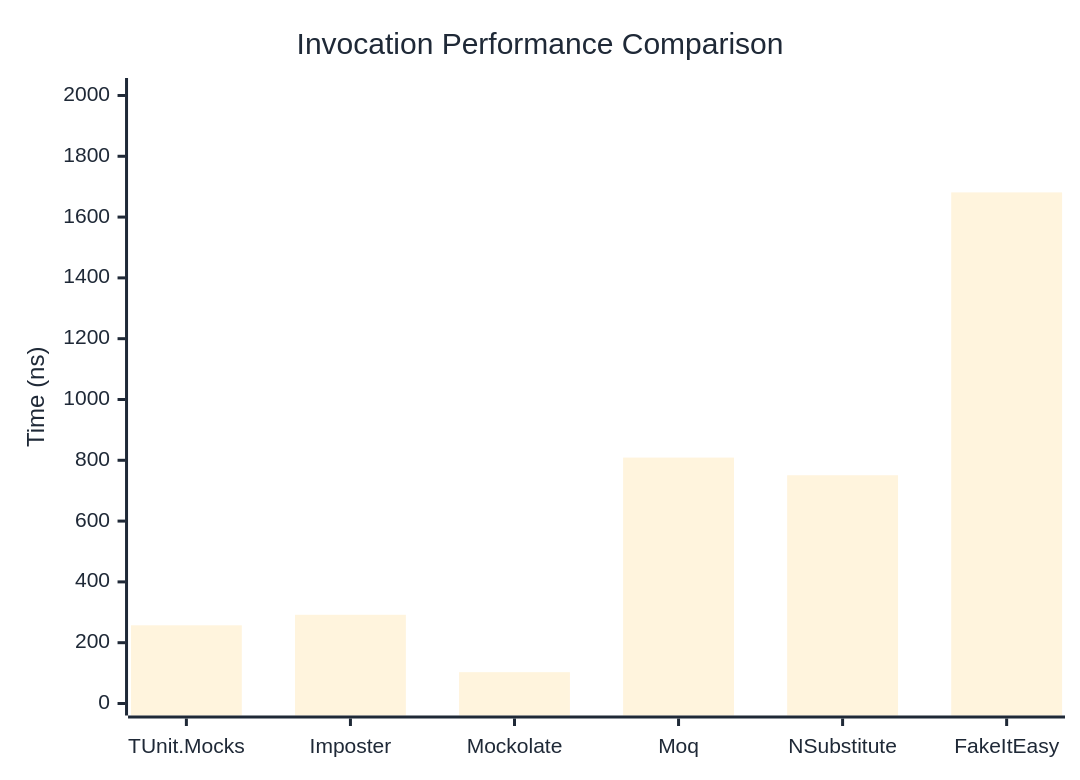
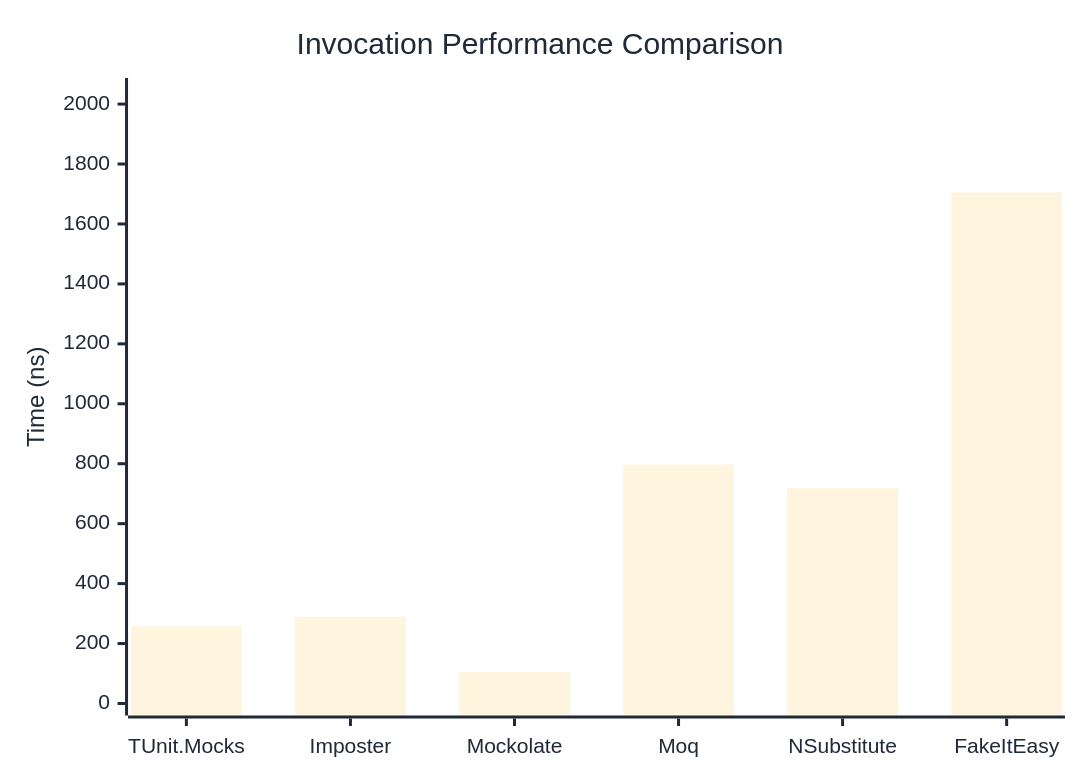
One commit to thomhurst/TUnit changed the first of 3 diagrams in docs/docs/benchmarks/mocks/Invocation.md. Above: the diagram before and after it, drawn with Mermaid. The commit also changed other lines of this file and 14 other files, not shown here.

````diff
--- a/docs/docs/benchmarks/mocks/Invocation.md
+++ b/docs/docs/benchmarks/mocks/Invocation.md
@@ -28,27 +28,27 @@
 ```mermaid
 %%{init: {
   'theme':'base',
   'themeVariables': {
     'primaryColor': '#2563eb',
     'primaryTextColor': '#1f2937',
     'primaryBorderColor': '#1e40af',
     'lineColor': '#6b7280',
     'secondaryColor': '#7c3aed',
     'tertiaryColor': '#dc2626',
     'background': '#ffffff',
     'pie1': '#2563eb',
     'pie2': '#7c3aed',
     'pie3': '#dc2626',
     'pie4': '#f59e0b',
     'pie5': '#10b981',
     'pie6': '#06b6d4',
     'pie7': '#ec4899',
     'pie8': '#6366f1'
   }
 }}%%
 xychart-beta
   title "Invocation Performance Comparison"
   x-axis ["TUnit.Mocks", "Imposter", "Mockolate", "Moq", "NSubstitute", "FakeItEasy"]
-  y-axis "Time (ns)" 0 --> 2018
-  bar [257.2, 291.84, 103.05, 808.89, 750.83, 1681.17]
+  y-axis "Time (ns)" 0 --> 2047
+  bar [257.67, 289.64, 105.32, 797.14, 718.17, 1705.01]
 ```
````
